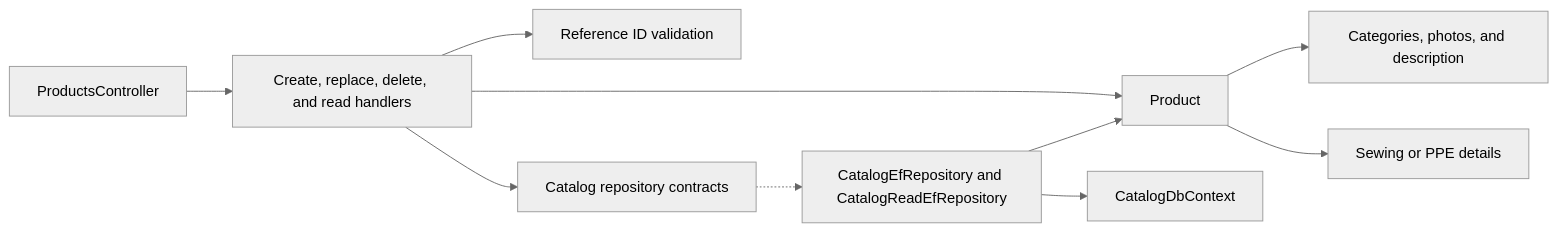
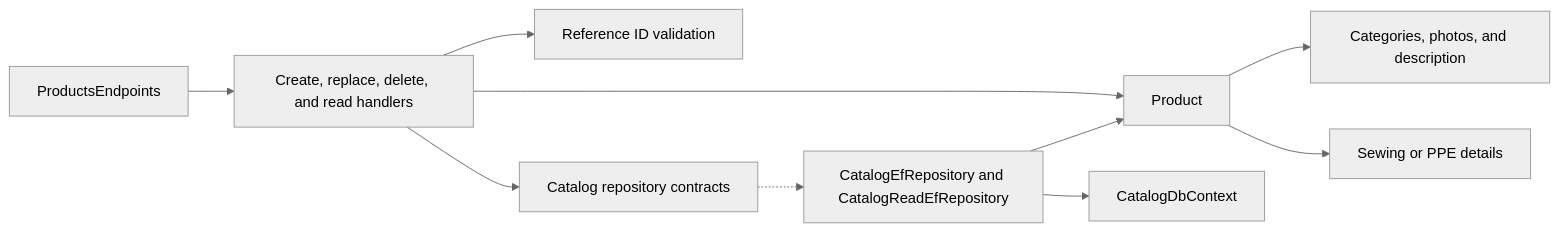
The diagram in docs/sdd/features/catalog/products.md (Weretik/BreviERP), drawn with Mermaid (neutral theme) before and after one commit. The commit also changed other lines of this file and 223 other files, not shown here.

````diff
--- a/docs/sdd/features/catalog/products.md
+++ b/docs/sdd/features/catalog/products.md
@@ -68,12 +68,12 @@
 ```mermaid
 flowchart LR
-    A["ProductsController"] --> B["Create, replace, delete, and read handlers"]
+    A["ProductsEndpoints"] --> B["Create, replace, delete, and read handlers"]
     B --> C["Reference ID validation"]
     B --> D["Product"]
     D --> E["Categories, photos, and description"]
     D --> F["Sewing or PPE details"]
     B --> G["Catalog repository contracts"]
     G -.-> H["CatalogEfRepository and CatalogReadEfRepository"]
     H --> I["CatalogDbContext"]
     H --> D
 ```
````
